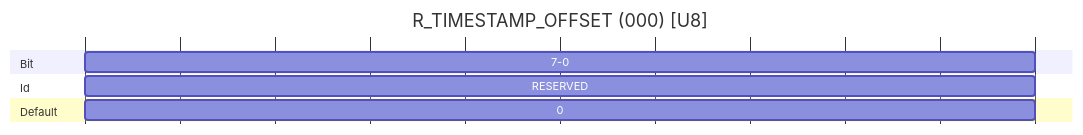
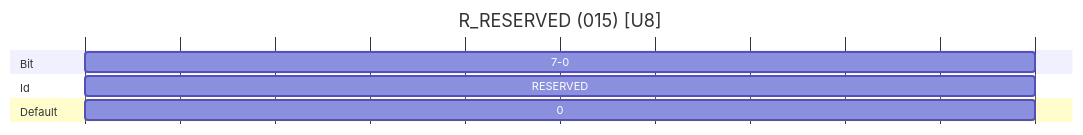
Diagram 15 of 19 in Device.md (harp-tech/protocol), drawn with Mermaid before and after one commit. The commit also changed other lines of this file, not shown here.

````diff
--- a/Device.md
+++ b/Device.md
@@ -622,19 +619,19 @@
 ```mermaid
 ---
 displayMode: compact
 ---
 
 gantt
-    title R_TIMESTAMP_OFFSET (000) [U8]
+    title R_RESERVED (015) [U8]
 
     dateFormat X
     axisFormat %
     tickInterval 0
 
     section Bit
     7-0      :byte1, 0, 1
     section Id
     RESERVED      :id1, 0, 1
     section Default
     0      :d1, 0, 1
 ```
````
